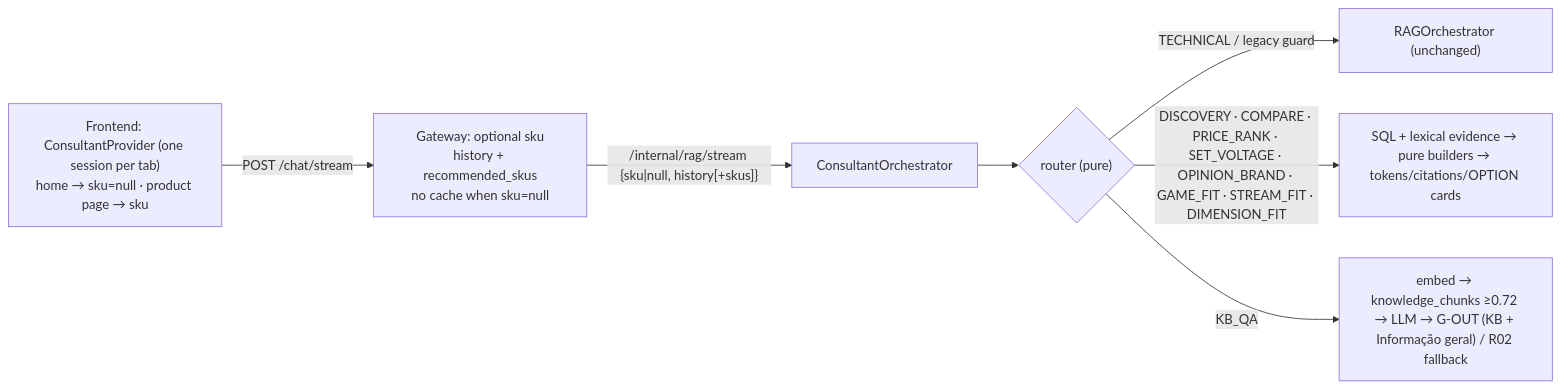
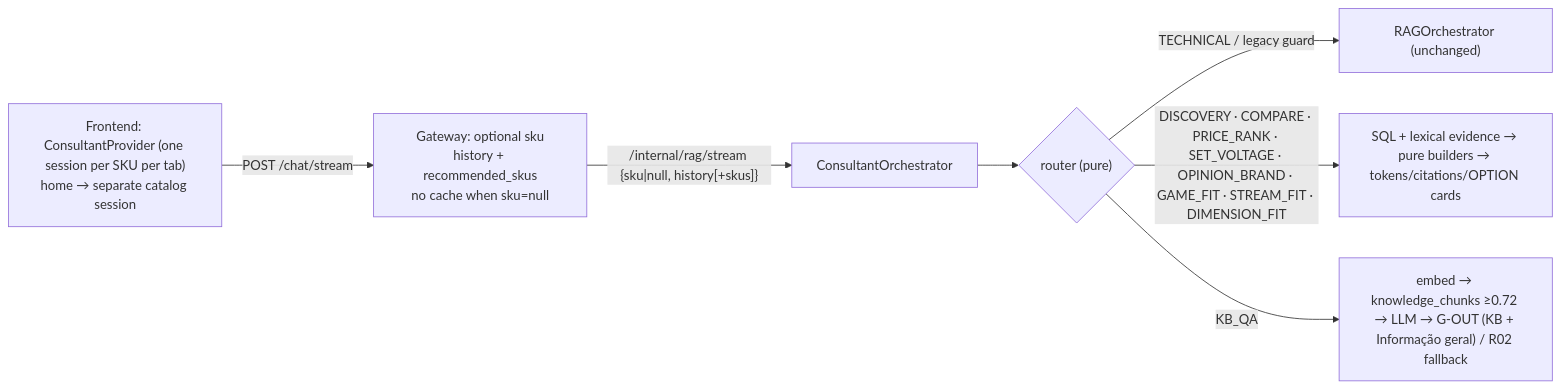
The diagram in specs/components/04_consultor_unificado_spec.md (rodrigololr/smartsales_rag), drawn with Mermaid before and after one commit. The commit also changed other lines of this file and 5 other files, not shown here.

````diff
--- a/specs/components/04_consultor_unificado_spec.md
+++ b/specs/components/04_consultor_unificado_spec.md
@@ -24,9 +24,9 @@
 ```mermaid
 flowchart LR
-  FE["Frontend: ConsultantProvider (one session per tab)<br/>home → sku=null · product page → sku"] -->|POST /chat/stream| GW["Gateway: optional sku<br/>history + recommended_skus<br/>no cache when sku=null"]
+  FE["Frontend: ConsultantProvider (one session per SKU per tab)<br/>home → separate catalog session"] -->|POST /chat/stream| GW["Gateway: optional sku<br/>history + recommended_skus<br/>no cache when sku=null"]
   GW -->|"/internal/rag/stream {sku|null, history[+skus]}"| CO["ConsultantOrchestrator"]
   CO --> R{"router (pure)"}
   R -->|TECHNICAL / legacy guard| RAG["RAGOrchestrator (unchanged)"]
   R -->|DISCOVERY · COMPARE · PRICE_RANK · SET_VOLTAGE · OPINION_BRAND · GAME_FIT · STREAM_FIT · DIMENSION_FIT| B["SQL + lexical evidence → pure builders → tokens/citations/OPTION cards"]
   R -->|KB_QA| KB["embed → knowledge_chunks ≥0.72 → LLM → G-OUT (KB + Informação geral) / R02 fallback"]
 ```
````
